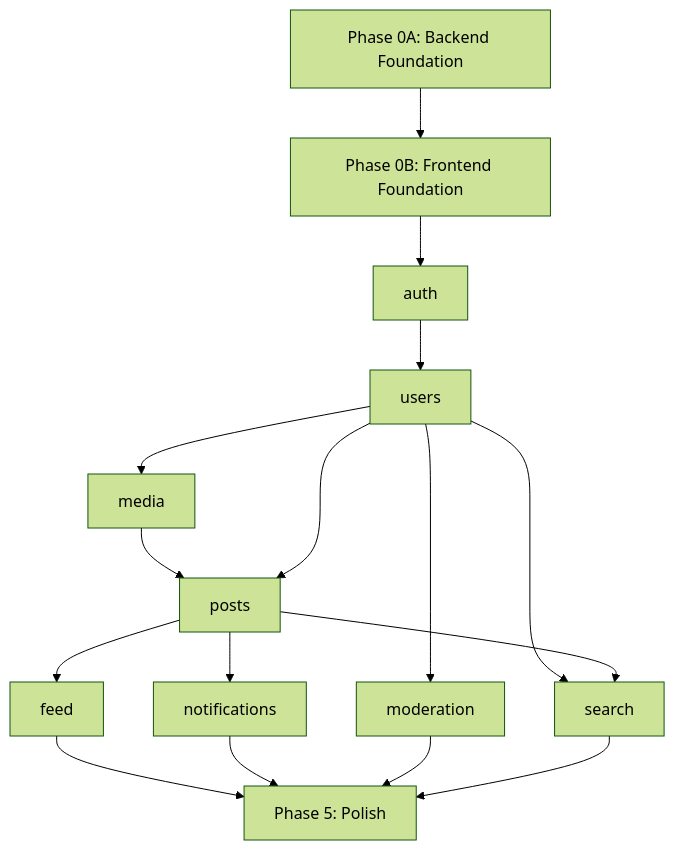
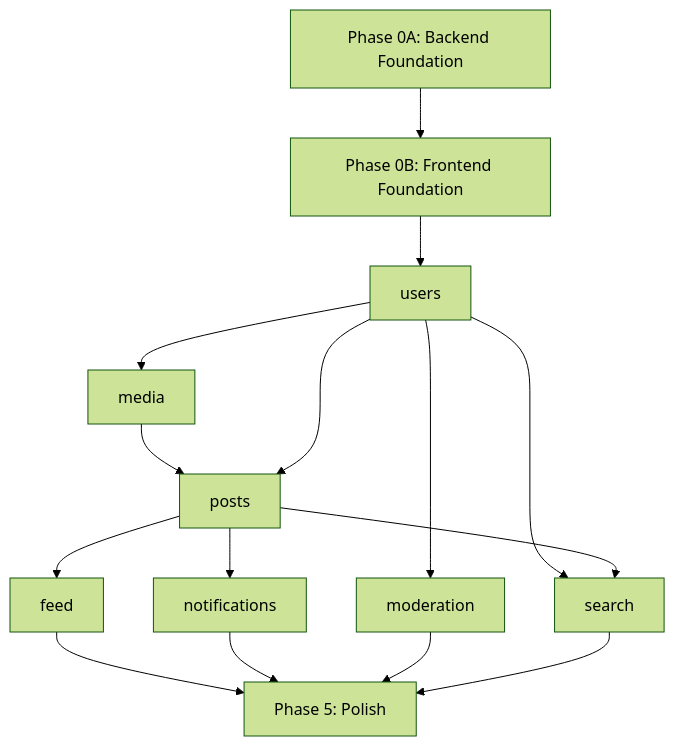
Before and after one commit to cenron/soapbox: the diagram in docs/plan.md, drawn with Mermaid (forest theme). The commit also changed other lines of this file and 2 other files, not shown here.

First line of the commit message:
Merge auth into users module, add role hierarchy and verified flag

````diff
--- a/docs/plan.md
+++ b/docs/plan.md
@@ -322,18 +309,17 @@
 ```mermaid
 graph TD
     P0A[Phase 0A: Backend Foundation] --> P0B[Phase 0B: Frontend Foundation]
-    P0B --> AUTH[auth]
-    AUTH --> USERS[users]
+    P0B --> USERS[users]
     USERS --> MEDIA[media]
     USERS --> MOD[moderation]
     MEDIA --> POSTS[posts]
     USERS --> POSTS
     POSTS --> FEED[feed]
     POSTS --> NOTIF[notifications]
     USERS --> SEARCH[search]
     POSTS --> SEARCH
     FEED --> POLISH[Phase 5: Polish]
     NOTIF --> POLISH
     MOD --> POLISH
     SEARCH --> POLISH
 ```
````
